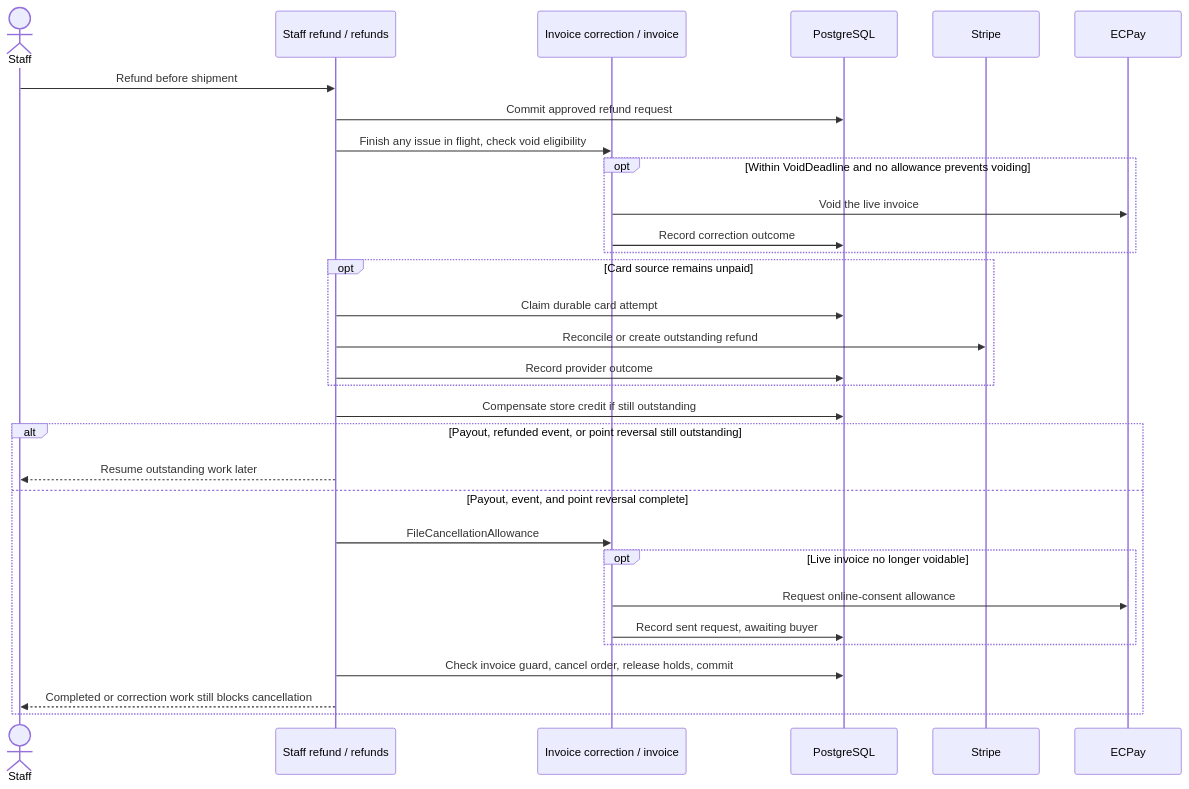
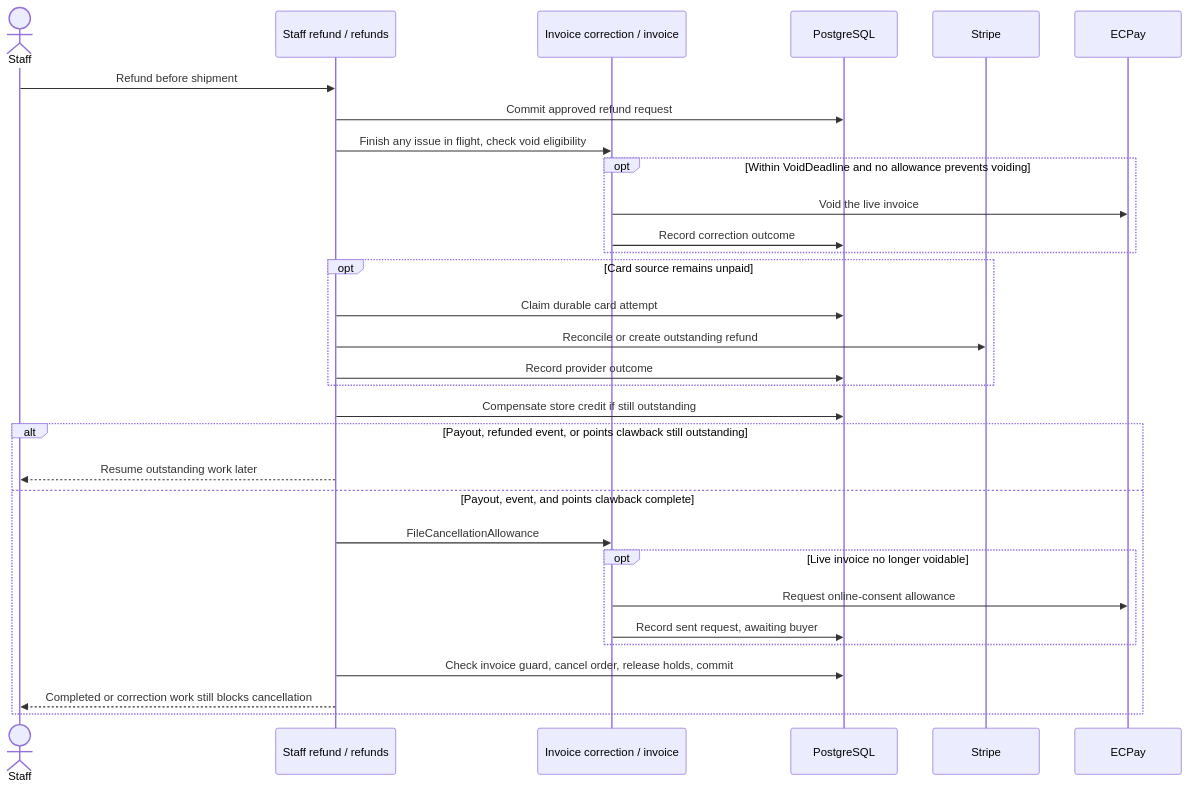
The fourth of 8 diagrams in ARCHITECTURE.md (Koopa0/goen), drawn with Mermaid before and after one commit. The commit also changed other lines of this file, not shown here.

````diff
--- a/ARCHITECTURE.md
+++ b/ARCHITECTURE.md
@@ -152,33 +158,33 @@
 ```mermaid
 sequenceDiagram
     actor Staff
     participant Refund as Staff refund / refunds
     participant Invoice as Invoice correction / invoice
     participant DB as PostgreSQL
     participant Stripe
     participant ECPay
     Staff->>Refund: Refund before shipment
     Refund->>DB: Commit approved refund request
     Refund->>Invoice: Finish any issue in flight, check void eligibility
     opt Within VoidDeadline and no allowance prevents voiding
         Invoice->>ECPay: Void the live invoice
         Invoice->>DB: Record correction outcome
     end
     opt Card source remains unpaid
         Refund->>DB: Claim durable card attempt
         Refund->>Stripe: Reconcile or create outstanding refund
         Refund->>DB: Record provider outcome
     end
     Refund->>DB: Compensate store credit if still outstanding
-    alt Payout, refunded event, or point reversal still outstanding
+    alt Payout, refunded event, or points clawback still outstanding
         Refund-->>Staff: Resume outstanding work later
-    else Payout, event, and point reversal complete
+    else Payout, event, and points clawback complete
         Refund->>Invoice: FileCancellationAllowance
         opt Live invoice no longer voidable
             Invoice->>ECPay: Request online-consent allowance
             Invoice->>DB: Record sent request, awaiting buyer
         end
         Refund->>DB: Check invoice guard, cancel order, release holds, commit
         Refund-->>Staff: Completed or correction work still blocks cancellation
     end
 ```
````
